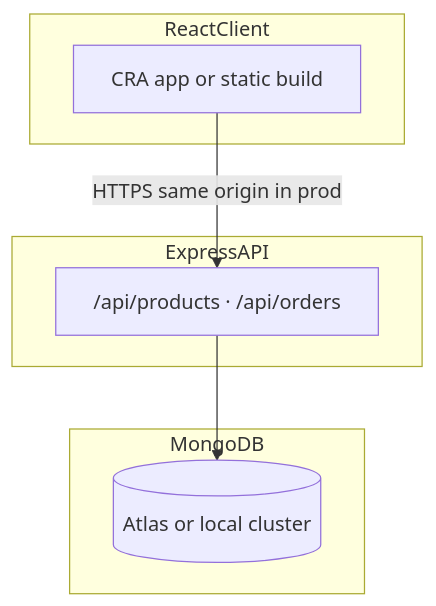
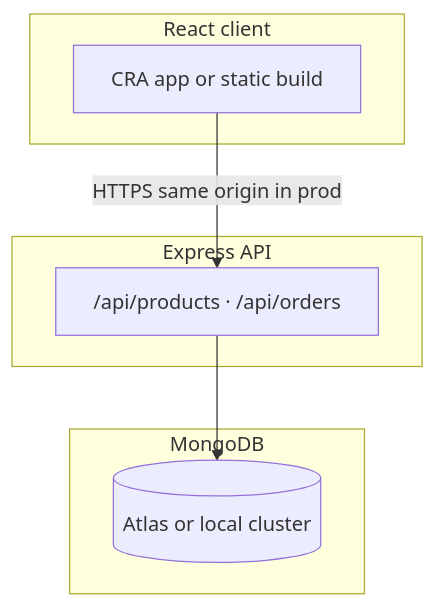
Before and after one commit to haimgalata/fullstack-outdoor-store: the diagram in README.md, drawn with Mermaid.

Commit message:
docs(readme): stabilize Mermaid subgraph IDs for GitHub

````diff
--- a/README.md
+++ b/README.md
@@ -72,14 +72,14 @@
 ```mermaid
 flowchart TB
-  subgraph client [ReactClient]
+  subgraph reactApp [React client]
     UI[CRA app or static build]
   end
-  subgraph api [ExpressAPI]
+  subgraph expressApi [Express API]
     Routes["/api/products · /api/orders"]
   end
-  subgraph data [MongoDB]
+  subgraph mongoDb [MongoDB]
     DB[(Atlas or local cluster)]
   end
   UI -->|HTTPS same origin in prod| Routes
   Routes --> DB
 ```
````
